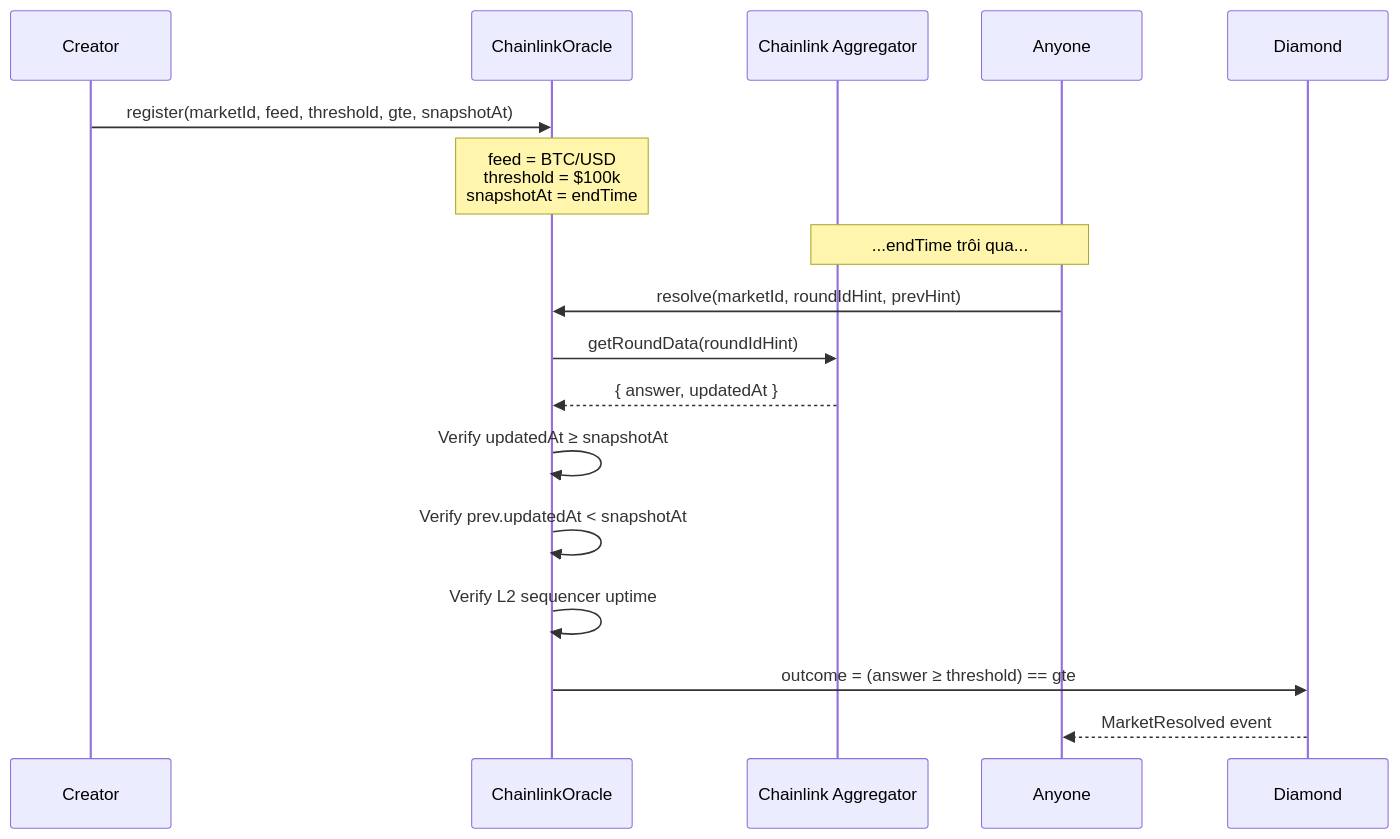
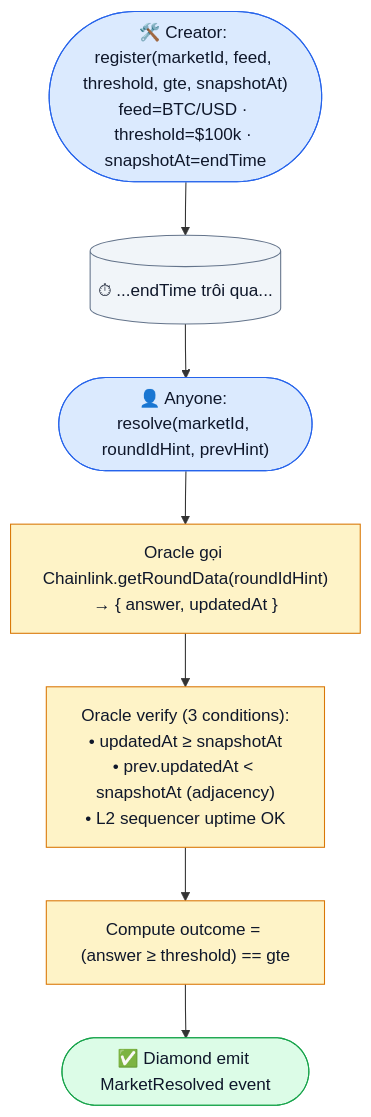
Before and after one commit to PrediX-Protocol/predix-docs: the second of 5 diagrams in vi_v6/giao-thuc/oracle.md, drawn with Mermaid. The commit also changed other lines of this file and 17 other files, not shown here.

First line of the commit message:
docs(vi_v6): convert all 22 sequenceDiagram → flowchart TD (no overlap UX issue)

````diff
--- a/vi_v6/giao-thuc/oracle.md
+++ b/vi_v6/giao-thuc/oracle.md
@@ -36,20 +36,19 @@
 ```mermaid
-sequenceDiagram
-    participant Creator
-    participant Oracle as ChainlinkOracle
-    participant CL as Chainlink Aggregator
-    participant Anyone
-    participant Diamond
+flowchart TD
+    Creator(["🛠️ Creator: register(marketId, feed, threshold, gte, snapshotAt)<br/>feed=BTC/USD · threshold=$100k · snapshotAt=endTime"])
+    Creator --> Wait[("⏱ ...endTime trôi qua...")]
+    Wait --> Anyone(["👤 Anyone: resolve(marketId, roundIdHint, prevHint)"])
+    Anyone --> S1["Oracle gọi Chainlink.getRoundData(roundIdHint)<br/>→ { answer, updatedAt }"]
+    S1 --> Check["Oracle verify (3 conditions):<br/>• updatedAt ≥ snapshotAt<br/>• prev.updatedAt &lt; snapshotAt (adjacency)<br/>• L2 sequencer uptime OK"]
+    Check --> S2["Compute outcome = (answer ≥ threshold) == gte"]
+    S2 --> End(["✅ Diamond emit MarketResolved event"])
 
-    Creator->>Oracle: register(marketId, feed, threshold, gte, snapshotAt)
-    Note over Oracle: feed = BTC/USD<br/>threshold = $100k<br/>snapshotAt = endTime
-    Note over Anyone,CL: ...endTime trôi qua...
-    Anyone->>Oracle: resolve(marketId, roundIdHint, prevHint)
-    Oracle->>CL: getRoundData(roundIdHint)
-    CL-->>Oracle: { answer, updatedAt }
-    Oracle->>Oracle: Verify updatedAt ≥ snapshotAt
-    Oracle->>Oracle: Verify prev.updatedAt < snapshotAt
-    Oracle->>Oracle: Verify L2 sequencer uptime
-    Oracle->>Diamond: outcome = (answer ≥ threshold) == gte
-    Diamond-->>Anyone: MarketResolved event
+    classDef st fill:#dbeafe,stroke:#2563eb,color:#0f172a
+    classDef step fill:#fef3c7,stroke:#d97706,color:#0f172a
+    classDef wait fill:#f1f5f9,stroke:#64748b,color:#0f172a
+    classDef ok fill:#dcfce7,stroke:#16a34a,color:#0f172a
+    class Creator,Anyone st
+    class S1,Check,S2 step
+    class Wait wait
+    class End ok
 ```
````
